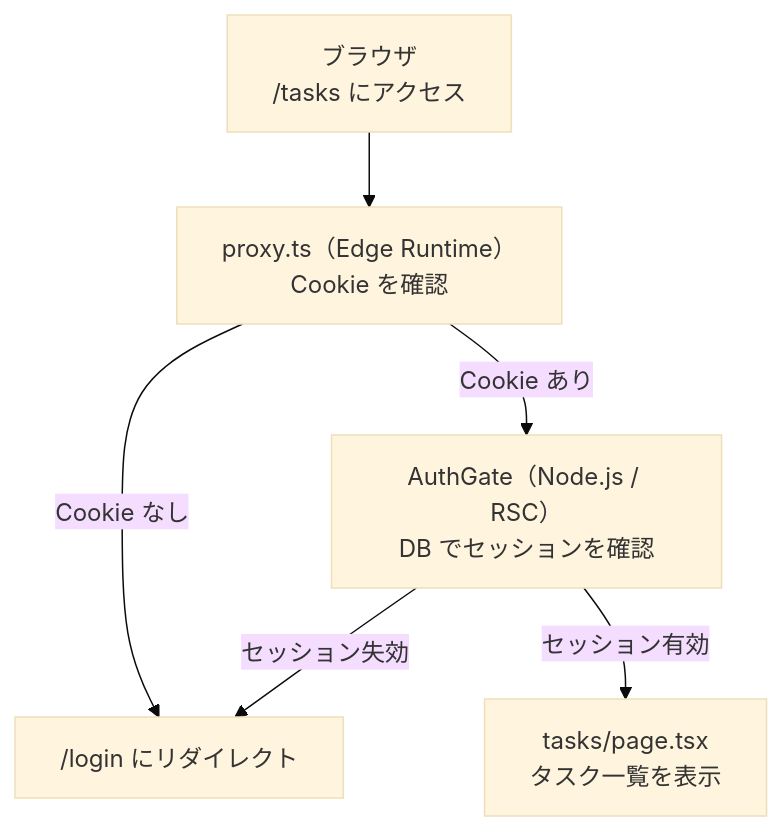
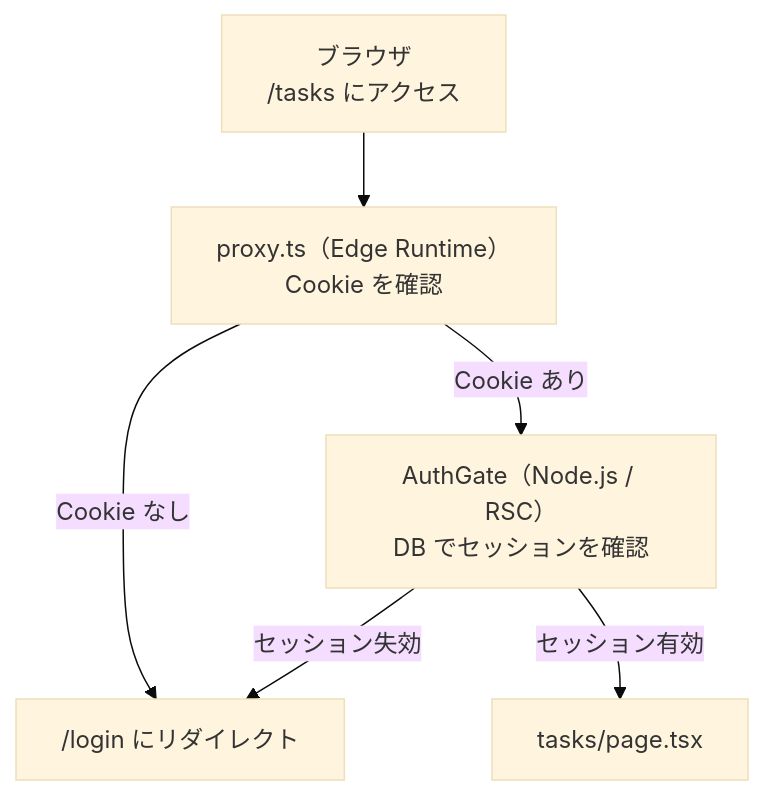
Before and after one commit to GentaAmeku/nextjs-dashboard-training: the second of 2 diagrams in docs/training/01-foundation.md, drawn with Mermaid (base theme). The commit also changed other lines of this file and 26 other files, not shown here.

````diff
--- a/docs/training/01-foundation.md
+++ b/docs/training/01-foundation.md
@@ -217,14 +152,13 @@
 ```mermaid
 flowchart TD
     Browser["ブラウザ\n/tasks にアクセス"]
     Proxy["proxy.ts（Edge Runtime）\nCookie を確認"]
     AuthGate["AuthGate（Node.js / RSC）\nDB でセッションを確認"]
-    Page["tasks/page.tsx\nタスク一覧を表示"]
+    Page["tasks/page.tsx"]
     Login["/login にリダイレクト"]
-
     Browser --> Proxy
     Proxy -->|"Cookie なし"| Login
     Proxy -->|"Cookie あり"| AuthGate
     AuthGate -->|"セッション失効"| Login
     AuthGate -->|"セッション有効"| Page
 ```
````
